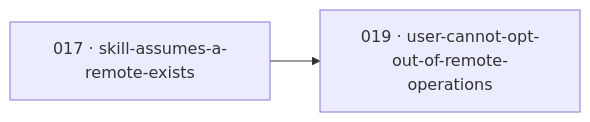
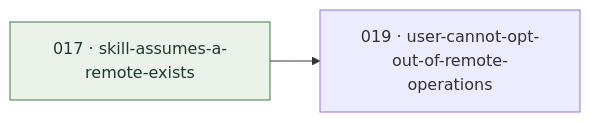
One commit to justmaniv/cannery-row changed the diagram in docs/task-board.md. Above: the diagram before and after it, drawn with Mermaid. The commit also changed other lines of this file and 3 other files, not shown here.

````diff
--- a/docs/task-board.md
+++ b/docs/task-board.md
@@ -28,8 +28,9 @@
 ```mermaid
 graph LR
   T017["017 · skill-assumes-a-remote-exists"]
   T019["019 · user-cannot-opt-out-of-remote-operations"]
   T017 --> T019
   classDef satisfied fill:#EAF2EA,stroke:#3A7D44,color:#1F3D24;
   classDef external fill:#F4F1E8,stroke:#B58500,color:#5A4300;
+  class T017 satisfied
 ```
````
